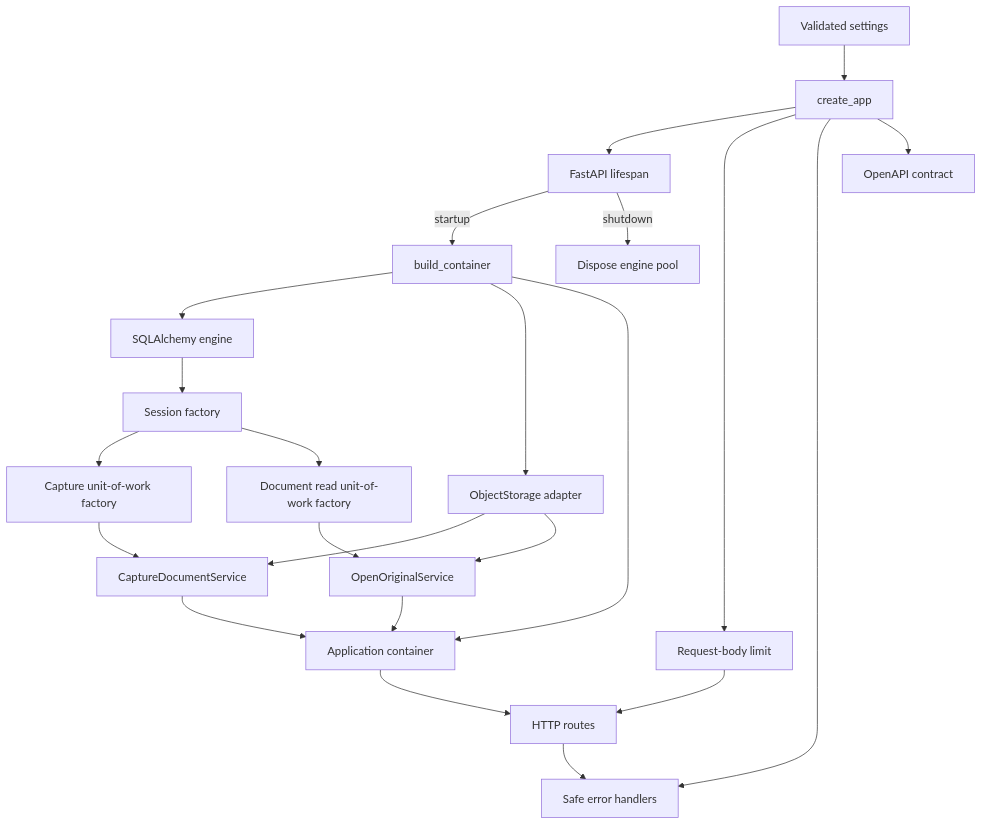
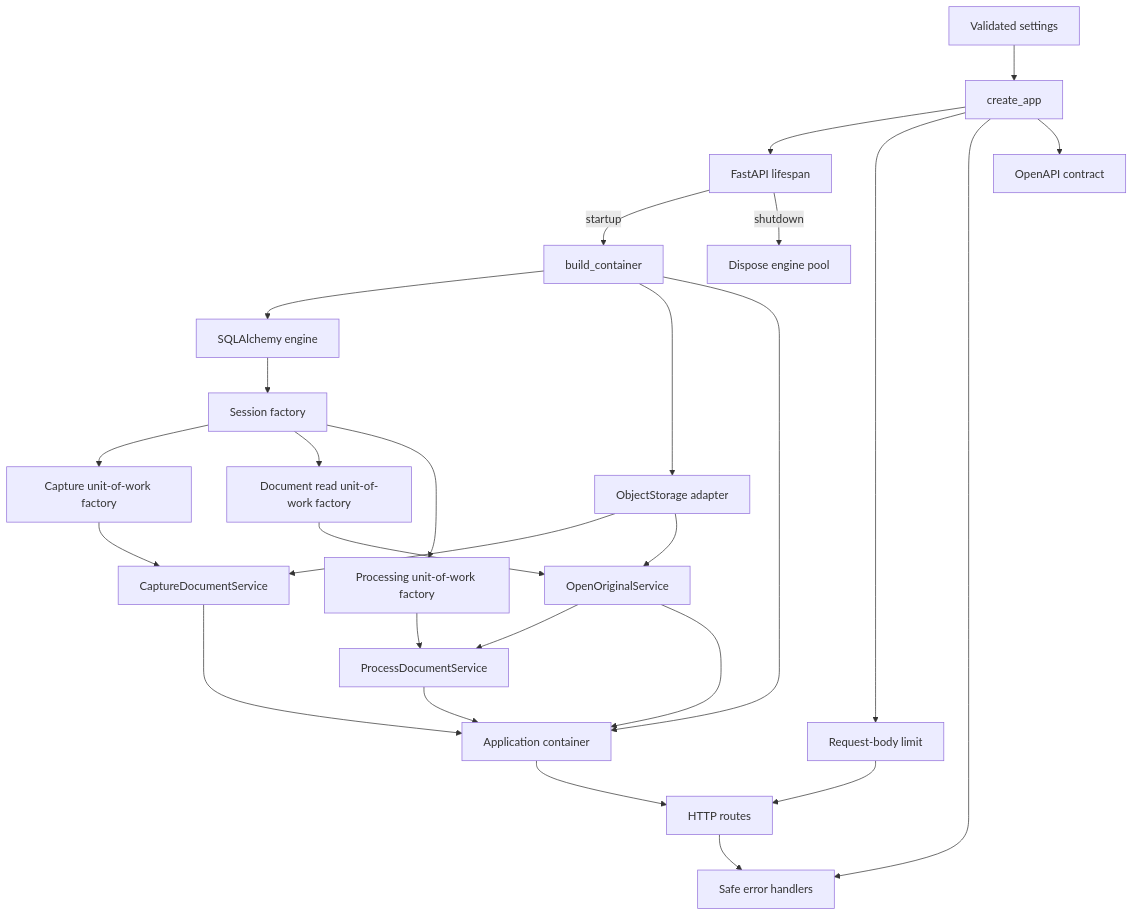
Before and after one commit to rnkraus/investment-research: the first of 2 diagrams in backend/src/investment_research/README.md, drawn with Mermaid. The commit also changed other lines of this file and 15 other files, not shown here.

````diff
--- a/backend/src/investment_research/README.md
+++ b/backend/src/investment_research/README.md
@@ -18,25 +19,29 @@
 ```mermaid
 flowchart TD
     SETTINGS[Validated settings] --> MAIN[create_app]
     MAIN --> LIFE[FastAPI lifespan]
     LIFE -->|startup| BOOT[build_container]
     BOOT --> ENGINE[SQLAlchemy engine]
     ENGINE --> SESSIONS[Session factory]
     SESSIONS --> CAPTUREUOW[Capture unit-of-work factory]
     SESSIONS --> READUOW[Document read unit-of-work factory]
+    SESSIONS --> PROCESSUOW[Processing unit-of-work factory]
     BOOT --> STORAGE[ObjectStorage adapter]
     CAPTUREUOW --> CAPTURE[CaptureDocumentService]
     READUOW --> ORIGINAL[OpenOriginalService]
+    PROCESSUOW --> PROCESS[ProcessDocumentService]
     STORAGE --> CAPTURE
     STORAGE --> ORIGINAL
+    ORIGINAL --> PROCESS
     BOOT --> STATE[Application container]
     CAPTURE --> STATE
     ORIGINAL --> STATE
+    PROCESS --> STATE
     MAIN --> LIMIT[Request-body limit]
     LIMIT --> ROUTES[HTTP routes]
     MAIN --> ERRORS[Safe error handlers]
     MAIN --> OPENAPI[OpenAPI contract]
     STATE --> ROUTES
     ROUTES --> ERRORS
     LIFE -->|shutdown| CLOSE[Dispose engine pool]
 ```
````
